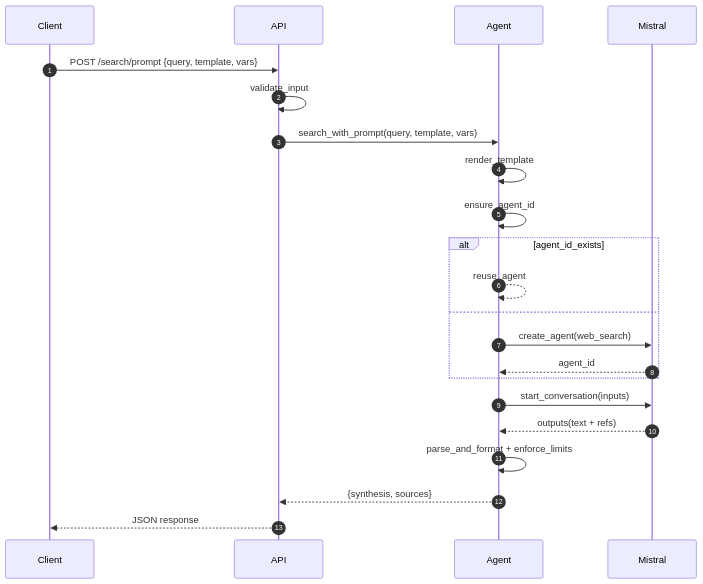
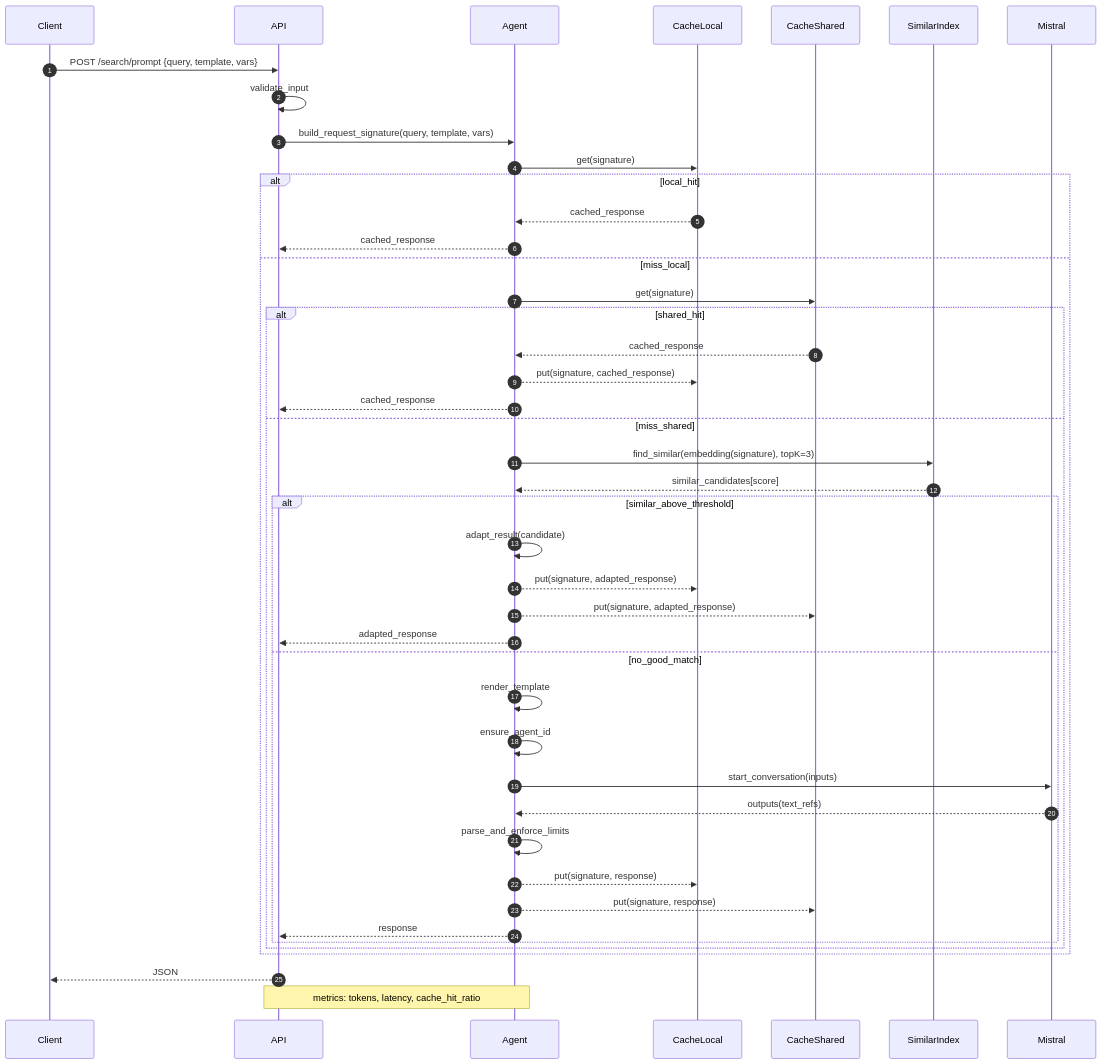
Before and after one commit to lorenino/hackathon_medecin_back: the fourth of 4 diagrams in README.md, drawn with Mermaid. The commit also changed other lines of this file, not shown here.

Commit message:
docs: add optimized sequence diagram with caching & similarity reuse strategy

````diff
--- a/README.md
+++ b/README.md
@@ -211,25 +211,49 @@
 ```mermaid
 sequenceDiagram
   autonumber
-  participant Client
+  participant User as Client
   participant API
   participant Agent
+  participant CacheLocal
+  participant CacheShared
+  participant VecDB as SimilarIndex
   participant Mistral
 
-  Client->>API: POST /search/prompt {query, template, vars}
+  User->>API: POST /search/prompt {query, template, vars}
   API->>API: validate_input
-  API->>Agent: search_with_prompt(query, template, vars)
-  Agent->>Agent: render_template
-  Agent->>Agent: ensure_agent_id
-  alt agent_id_exists
-    Agent-->>Agent: reuse_agent
-  else
-    Agent->>Mistral: create_agent(web_search)
-    Mistral-->>Agent: agent_id
+  API->>Agent: build_request_signature(query, template, vars)
+
+  Agent->>CacheLocal: get(signature)
+  alt local_hit
+    CacheLocal-->>Agent: cached_response
+    Agent-->>API: cached_response
+  else miss_local
+    Agent->>CacheShared: get(signature)
+    alt shared_hit
+      CacheShared-->>Agent: cached_response
+      Agent-->>CacheLocal: put(signature, cached_response)
+      Agent-->>API: cached_response
+    else miss_shared
+      Agent->>VecDB: find_similar(embedding(signature), topK=3)
+      VecDB-->>Agent: similar_candidates[score]
+      alt similar_above_threshold
+        Agent->>Agent: adapt_result(candidate)
+        Agent-->>CacheLocal: put(signature, adapted_response)
+        Agent-->>CacheShared: put(signature, adapted_response)
+        Agent-->>API: adapted_response
+      else no_good_match
+        Agent->>Agent: render_template
+        Agent->>Agent: ensure_agent_id
+        Agent->>Mistral: start_conversation(inputs)
+        Mistral-->>Agent: outputs(text_refs)
+        Agent->>Agent: parse_and_enforce_limits
+        Agent-->>CacheLocal: put(signature, response)
+        Agent-->>CacheShared: put(signature, response)
+        Agent-->>API: response
+      end
+    end
   end
-  Agent->>Mistral: start_conversation(inputs)
-  Mistral-->>Agent: outputs(text + refs)
-  Agent->>Agent: parse_and_format + enforce_limits
-  Agent-->>API: {synthesis, sources}
-  API-->>Client: JSON response
+  API-->>User: JSON
+
+  Note over API,Agent: metrics: tokens, latency, cache_hit_ratio
 ```
````
